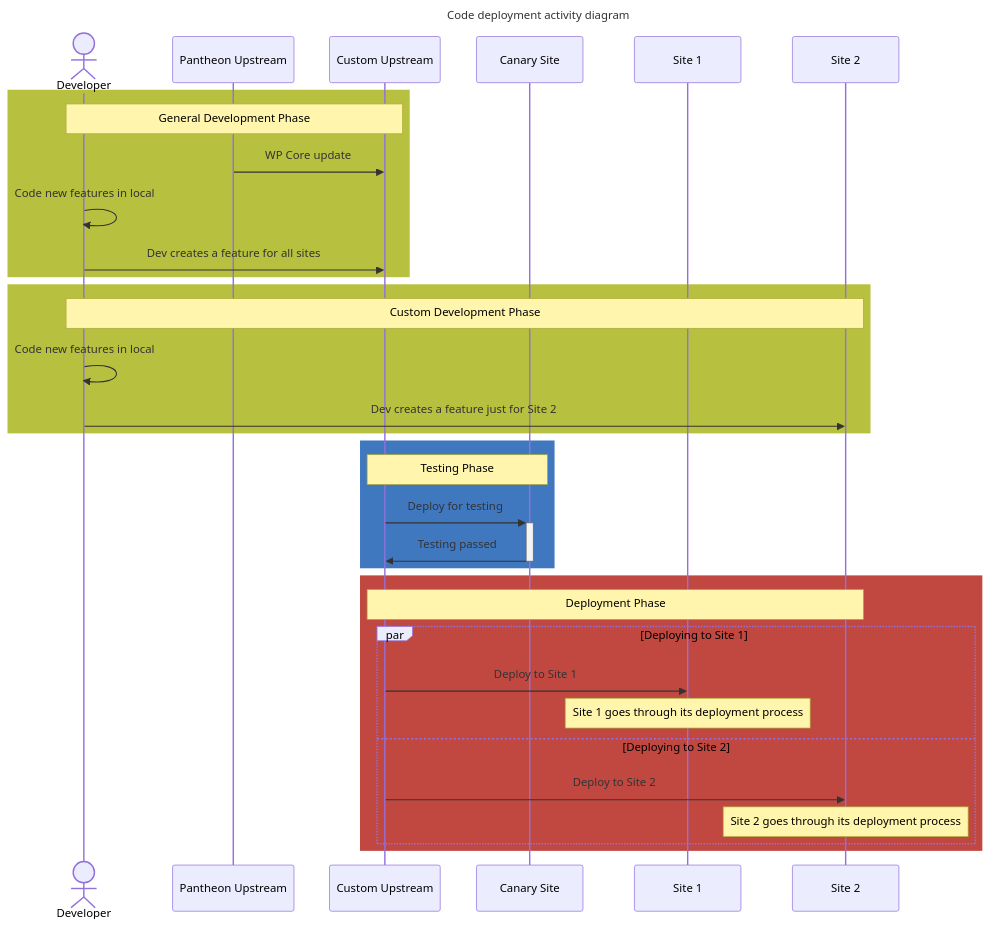
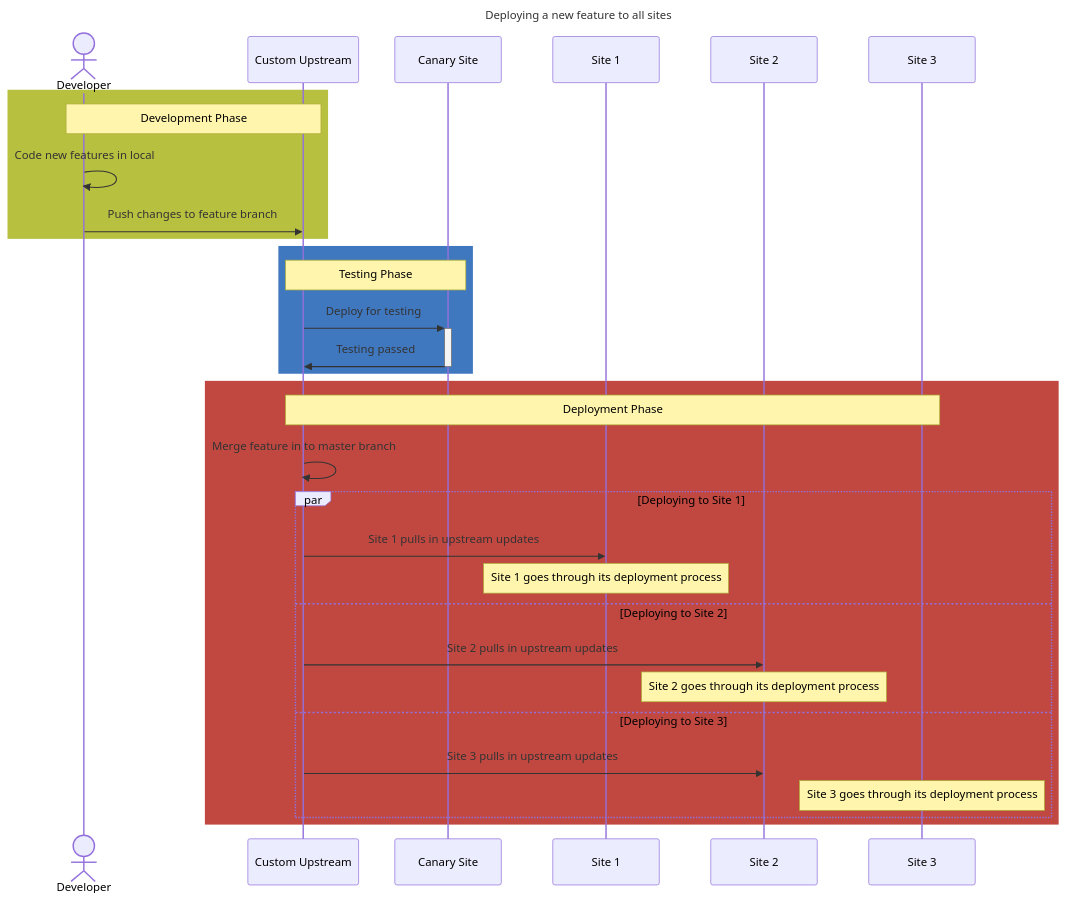
One commit to pantheon-systems/webops-architecture changed the second of 8 diagrams in WordPress/Custom-Upstream.md. Above: the diagram before and after it, drawn with Mermaid. The commit also changed other lines of this file, not shown here.

Commit message:
Clarify custom upstream diagrams

````diff
--- a/WordPress/Custom-Upstream.md
+++ b/WordPress/Custom-Upstream.md
@@ -96,46 +111,43 @@
 ```mermaid
 ---
-title: Code deployment activity diagram
+title: Deploying a new feature to all sites
 ---
 sequenceDiagram
 
     % People & Systems
     actor Dev as Developer
-    participant PU as Pantheon Upstream
     participant CU as Custom Upstream
     participant S0 as Canary Site
     participant S1 as Site 1
     participant S2 as Site 2
+    participant S3 as Site 3
 
     % Actions
 
     rect rgb(184,192,64)
-        Note over Dev,CU: General Development Phase
-        PU->>CU: WP Core update
+        Note over Dev,CU: Development Phase
         Dev->>Dev: Code new features in local
-        Dev->>CU: Dev creates a feature for all sites
-    end
-
-    rect rgb(184,192,64)
-        Note over Dev,S2: Custom Development Phase
-        Dev->>Dev: Code new features in local
-        Dev->>S2: Dev creates a feature just for Site 2
+        Dev->>CU: Push changes to feature branch
     end
 
     rect rgb(64,120,192)
         Note over CU,S0: Testing Phase
         CU->>+S0: Deploy for testing
         S0->>-CU: Testing passed
     end
     rect rgb(192,72,64)
-        Note over CU,S2: Deployment Phase
+        Note over CU,S3: Deployment Phase
+        CU->>CU: Merge feature in to master branch
         par Deploying to Site 1
-            CU->>S1: Deploy to Site 1
+            CU->>S1: Site 1 pulls in upstream updates
             Note over S1: Site 1 goes through its deployment process
         and Deploying to Site 2
-            CU->>S2: Deploy to Site 2
+            CU->>S2: Site 2 pulls in upstream updates
             Note over S2: Site 2 goes through its deployment process
+        and Deploying to Site 3
+            CU->>S2: Site 3 pulls in upstream updates
+            Note over S3: Site 3 goes through its deployment process
         end
     end
 
 ```
````
